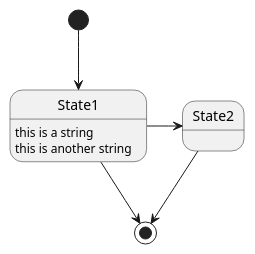
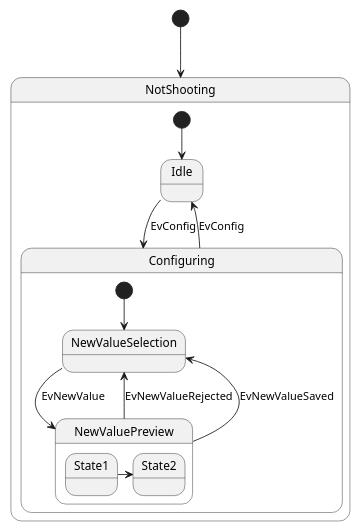
One commit to StateSmith/StateSmith changed the diagram in antlr/puml_test_input_1.puml. Above: the diagram before and after it, drawn with PlantUML. The commit also changed 12 other files, not shown here.

First line of the commit message:
plantuml - grammar parsing composite states!

```diff
--- a/antlr/puml_test_input_1.puml
+++ b/antlr/puml_test_input_1.puml
@@ -1,11 +1,22 @@
-@startuml some_name_here
+@startuml
+scale 350 width
+[*] --> NotShooting
 
-[*] --> State1
-State1 --> [*]
-State1 : this is a string
-State1 : this is another string
+state NotShooting       {
+  [*] --> Idle
+  Idle --> Configuring : EvConfig
+  Configuring --> Idle : EvConfig
+}
 
-State1 -> State2
-State2 --> [*]
+state Configuring {
+  [*] --> NewValueSelection
+  NewValueSelection --> NewValuePreview : EvNewValue
+  NewValuePreview --> NewValueSelection : EvNewValueRejected
+  NewValuePreview --> NewValueSelection : EvNewValueSaved
 
+  state NewValuePreview {
+     State1 -> State2
+  }
+
+}
 @enduml
```
